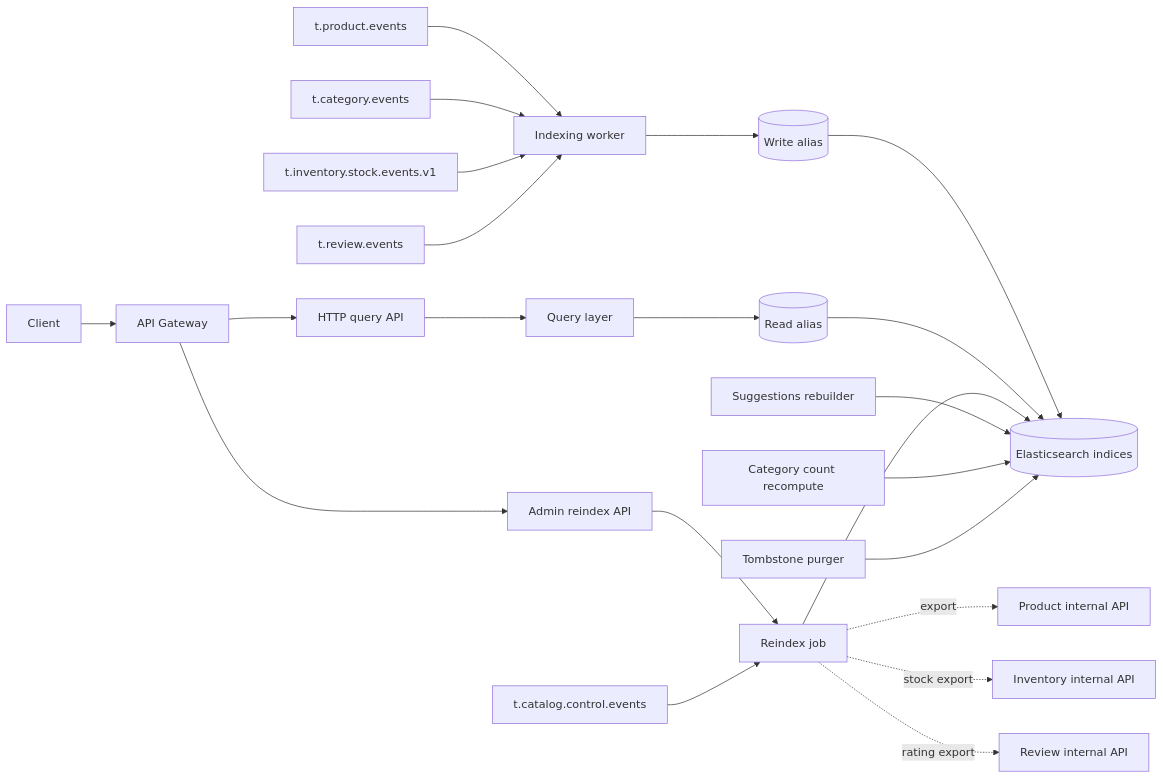
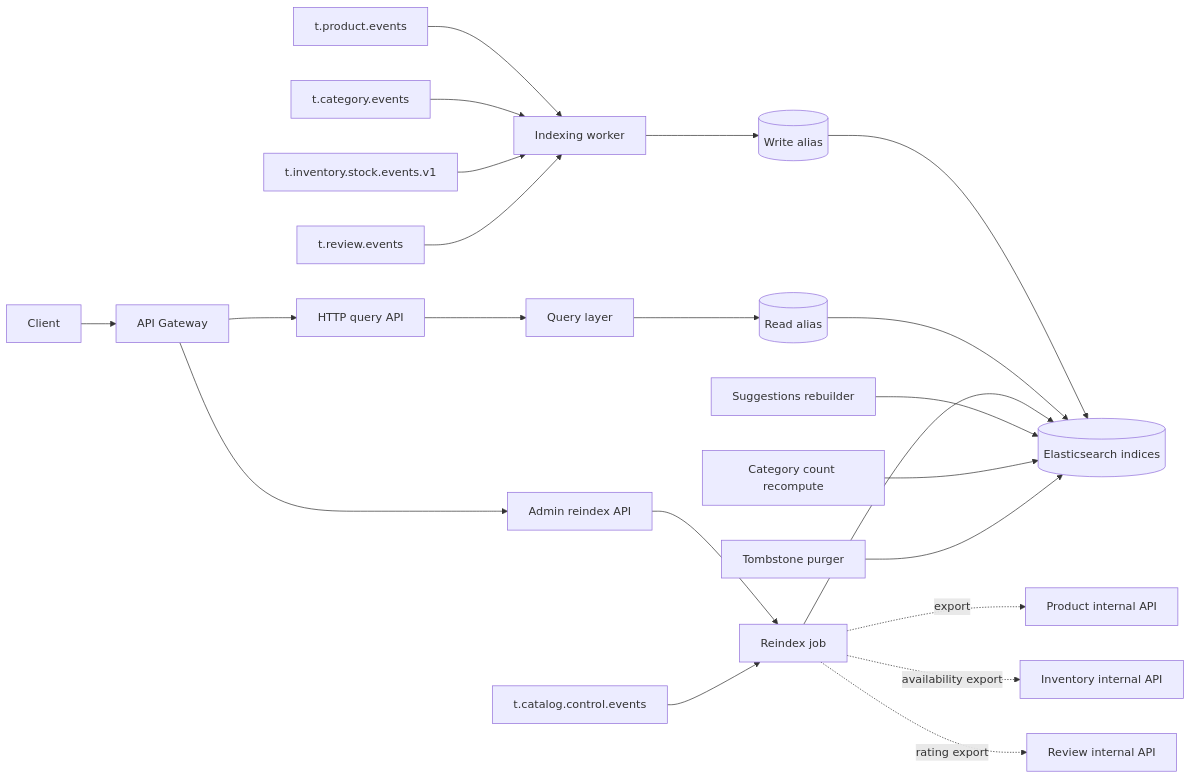
One commit to quangdung2110/e-commerce-microservices changed the diagram in docs/search/architecture.md. Above: the diagram before and after it, drawn with Mermaid. The commit also changed other lines of this file and 19 other files, not shown here.

First line of the commit message:
docs(search): consume Inventory per-SKU availability

````diff
--- a/docs/search/architecture.md
+++ b/docs/search/architecture.md
@@ -27,24 +28,24 @@
 ```mermaid
 flowchart LR
   C[Client] --> G[API Gateway]
   G --> API[HTTP query API]
   G --> AAPI[Admin reindex API]
   API --> Q[Query layer]
   AAPI --> RJ[Reindex job]
   PE[t.product.events] --> W[Indexing worker]
   CE[t.category.events] --> W
   CCE[t.catalog.control.events] --> RJ
   IE[t.inventory.stock.events.v1] --> W
   RE[t.review.events] --> W
   W --> WA[(Write alias)]
   Q --> RA[(Read alias)]
   WA --> ES[(Elasticsearch indices)]
   RA --> ES
   RJ --> ES
   SR[Suggestions rebuilder] --> ES
   CC[Category count recompute] --> ES
   TP[Tombstone purger] --> ES
   RJ -.export.-> P[Product internal API]
-  RJ -.stock export.-> INV[Inventory internal API]
+  RJ -.availability export.-> INV[Inventory internal API]
   RJ -.rating export.-> REV[Review internal API]
 ```
````
